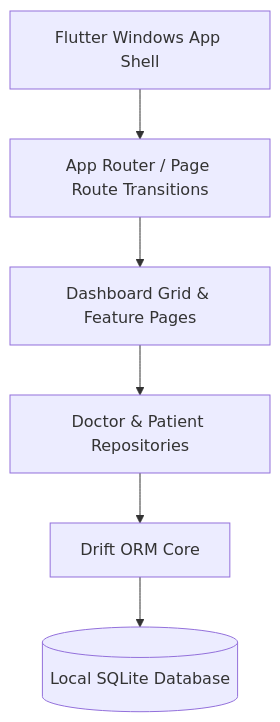
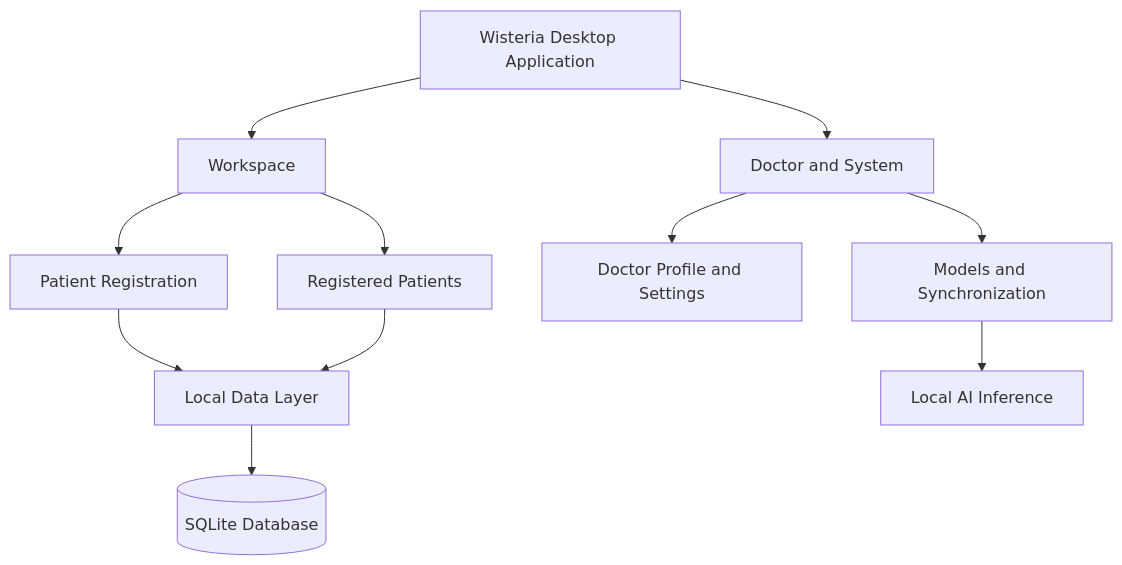
The diagram in README.md (FazilPRaphi/Wisteria), drawn with Mermaid before and after one commit. The commit also changed other lines of this file, not shown here.

First line of the commit message:
Revise README for Project Wisteria

````diff
--- a/README.md
+++ b/README.md
@@ -47,8 +125,13 @@
 ```mermaid
-graph TD
-    A[Flutter Windows App Shell] --> B[App Router / Page Route Transitions]
-    B --> C[Dashboard Grid & Feature Pages]
-    C --> D[Doctor & Patient Repositories]
-    D --> E[Drift ORM Core]
-    E --> F[(Local SQLite Database)]
+flowchart TD
+    A[Wisteria Desktop Application] --> B[Workspace]
+    A --> C[Doctor and System]
+    B --> D[Patient Registration]
+    B --> E[Registered Patients]
+    C --> F[Doctor Profile and Settings]
+    C --> G[Models and Synchronization]
+    D --> H[Local Data Layer]
+    E --> H
+    H --> I[(SQLite Database)]
+    G --> J[Local AI Inference]
 ```
````
